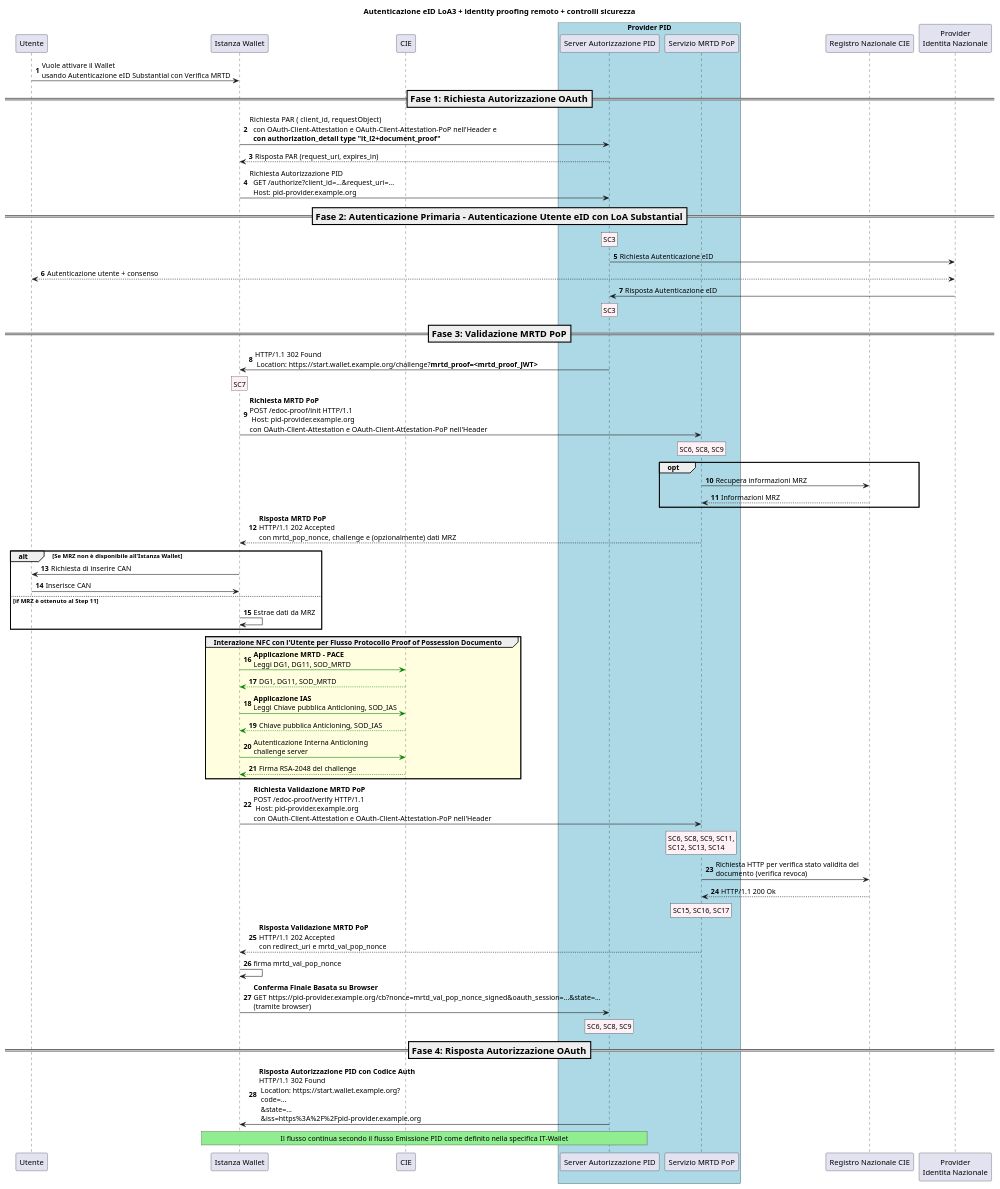
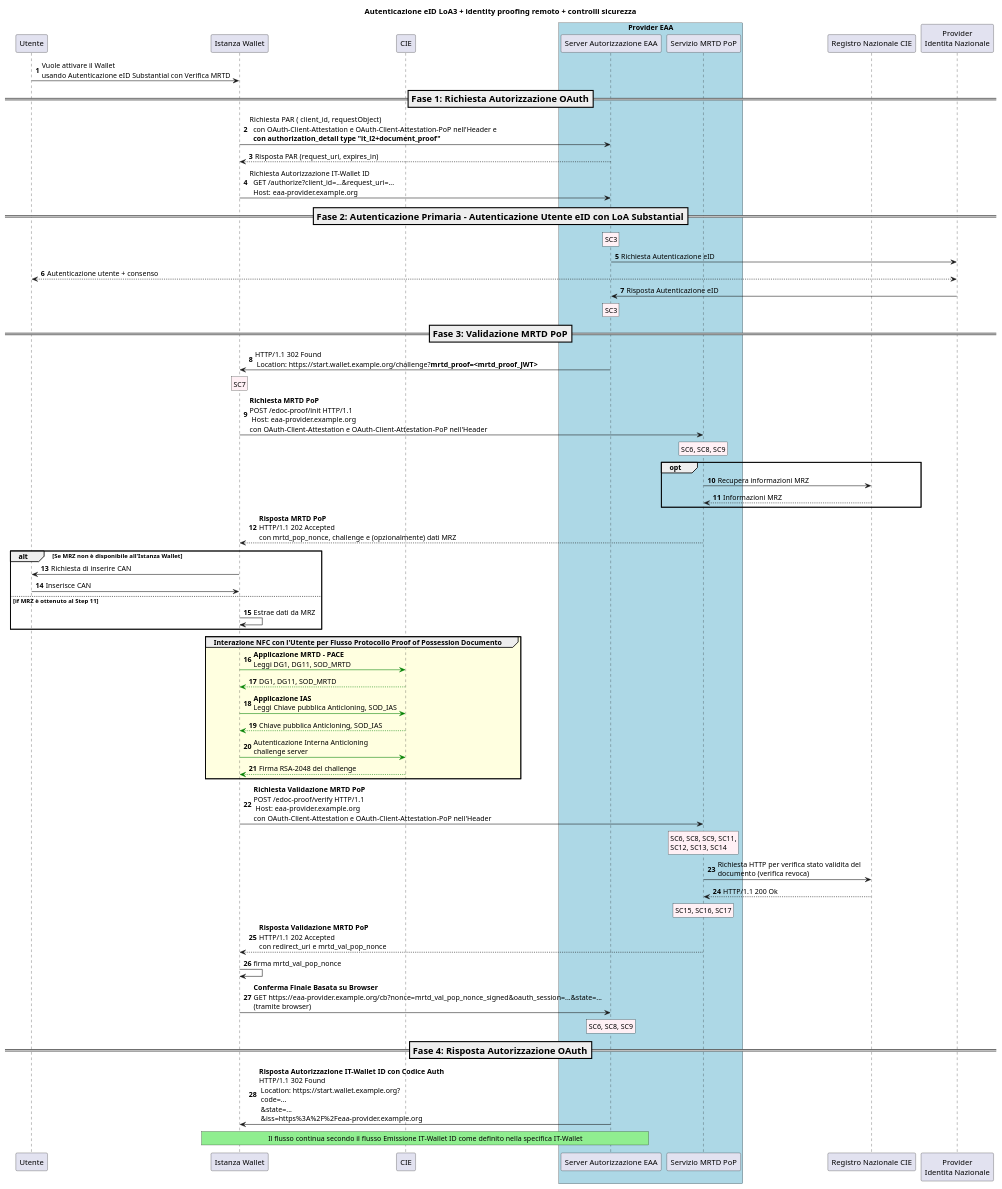
Before and after one commit to italia/eid-wallet-it-docs: the diagram in docs/it/plantuml/l2plus-security-controls.puml, drawn with PlantUML. The commit also changed 25 other files, not shown here.

```diff
--- a/docs/it/plantuml/l2plus-security-controls.puml
+++ b/docs/it/plantuml/l2plus-security-controls.puml
@@ -1,104 +1,104 @@
 @startuml Autenticazione eID LoA3 + identity proofing remoto + controlli sicurezza
 '!theme cerulean-outline
 autonumber
 participant "Utente" as U
 participant "Istanza Wallet" as A
 participant "CIE" as C
-box  "Provider PID" #LightBlue
-participant "Server Autorizzazione PID" as AS
+box  "Provider EAA" #LightBlue
+participant "Server Autorizzazione EAA" as AS
 participant "Servizio MRTD PoP" as DPOPS
 end box
 participant "Registro Nazionale CIE" as MIN
 participant "Provider\nIdentita Nazionale" as IDP
 
 
 title Autenticazione eID LoA3 + identity proofing remoto + controlli sicurezza
 
 U -> A: Vuole attivare il Wallet \nusando Autenticazione eID Substantial con Verifica MRTD
 
 === Fase 1: Richiesta Autorizzazione OAuth ==
 A -> AS : Richiesta PAR (  client_id, requestObject) \n  con OAuth-Client-Attestation e OAuth-Client-Attestation-PoP nell'Header e\n  **con authorization_detail type "it_l2+document_proof"**
 
 AS --> A : Risposta PAR (request_uri, expires_in)
-A -> AS: Richiesta Autorizzazione PID \n  GET /authorize?client_id=...&request_uri=...\n  Host: pid-provider.example.org
+A -> AS: Richiesta Autorizzazione IT-Wallet ID \n  GET /authorize?client_id=...&request_uri=...\n  Host: eaa-provider.example.org
 
 === Fase 2: Autenticazione Primaria - Autenticazione Utente eID con LoA Substantial ==
 rnote over AS #LavenderBlush
 SC3
 endrnote
 AS -> IDP: Richiesta Autenticazione eID
 IDP <--> U: Autenticazione utente + consenso
 IDP -> AS: Risposta Autenticazione eID
 rnote over AS #LavenderBlush
 SC3
 endrnote
 
 === Fase 3: Validazione MRTD PoP ==
 AS -> A: HTTP/1.1 302 Found\n Location: https://start.wallet.example.org/challenge?**mrtd_proof=<mrtd_proof_JWT>**
 
 rnote over A #LavenderBlush
 SC7
 endrnote
 
-A -> DPOPS: **Richiesta MRTD PoP**\nPOST /edoc-proof/init HTTP/1.1\n Host: pid-provider.example.org\ncon OAuth-Client-Attestation e OAuth-Client-Attestation-PoP nell'Header
+A -> DPOPS: **Richiesta MRTD PoP**\nPOST /edoc-proof/init HTTP/1.1\n Host: eaa-provider.example.org\ncon OAuth-Client-Attestation e OAuth-Client-Attestation-PoP nell'Header
 
 rnote over DPOPS #LavenderBlush
 SC6, SC8, SC9
 endrnote
 
 opt
     DPOPS -> MIN:  Recupera informazioni MRZ
     MIN --> DPOPS: Informazioni MRZ
 end
 
 DPOPS --> A: **Risposta MRTD PoP**\nHTTP/1.1 202 Accepted\ncon mrtd_pop_nonce, challenge e (opzionalmente) dati MRZ
 
 alt Se MRZ non è disponibile all'Istanza Wallet
     A -> U: Richiesta di inserire CAN
     U -> A: Inserisce CAN
 else if MRZ è ottenuto al Step 11
     A -> A: Estrae dati da MRZ
 end
 
 group #LightYellow Interazione NFC con l'Utente per Flusso Protocollo Proof of Possession Documento
     A -[#green]> C : **Applicazione MRTD - PACE**\nLeggi DG1, DG11, SOD_MRTD
     C --[#green]> A : DG1, DG11, SOD_MRTD
 
     A -[#green]> C : **Applicazione IAS**\nLeggi Chiave pubblica Anticloning, SOD_IAS
     C --[#green]> A : Chiave pubblica Anticloning, SOD_IAS
     A -[#green]> C: Autenticazione Interna Anticloning\nchallenge server
     C --[#green]> A : Firma RSA-2048 del challenge
 end
 
-A -> DPOPS: **Richiesta Validazione MRTD PoP**\nPOST /edoc-proof/verify HTTP/1.1\n Host: pid-provider.example.org\ncon OAuth-Client-Attestation e OAuth-Client-Attestation-PoP nell'Header
+A -> DPOPS: **Richiesta Validazione MRTD PoP**\nPOST /edoc-proof/verify HTTP/1.1\n Host: eaa-provider.example.org\ncon OAuth-Client-Attestation e OAuth-Client-Attestation-PoP nell'Header
 
 rnote over DPOPS #LavenderBlush
 SC6, SC8, SC9, SC11,
 SC12, SC13, SC14
 endrnote
 
 DPOPS -> MIN: Richiesta HTTP per verifica stato validita del \ndocumento (verifica revoca)
 
 MIN --> DPOPS: HTTP/1.1 200 Ok
 
 rnote over DPOPS #LavenderBlush
 SC15, SC16, SC17
 endrnote
 
 DPOPS --> A: **Risposta Validazione MRTD PoP**\nHTTP/1.1 202 Accepted\ncon redirect_uri e mrtd_val_pop_nonce
 
 A -> A: firma mrtd_val_pop_nonce
 
-A -> AS: **Conferma Finale Basata su Browser**\nGET https://pid-provider.example.org/cb?nonce=mrtd_val_pop_nonce_signed&oauth_session=...&state=...\n(tramite browser)
+A -> AS: **Conferma Finale Basata su Browser**\nGET https://eaa-provider.example.org/cb?nonce=mrtd_val_pop_nonce_signed&oauth_session=...&state=...\n(tramite browser)
 
 rnote over AS #LavenderBlush
 SC6, SC8, SC9
 endrnote
 
 === Fase 4: Risposta Autorizzazione OAuth ==
-AS -> A: **Risposta Autorizzazione PID con Codice Auth**\nHTTP/1.1 302 Found\n Location: https://start.wallet.example.org?\n code=...\n &state=...\n &iss=https%3A%2F%2Fpid-provider.example.org
+AS -> A: **Risposta Autorizzazione IT-Wallet ID con Codice Auth**\nHTTP/1.1 302 Found\n Location: https://start.wallet.example.org?\n code=...\n &state=...\n &iss=https%3A%2F%2Feaa-provider.example.org
 
 rnote over A,AS #LIGHTGREEN
-Il flusso continua secondo il flusso Emissione PID come definito nella specifica IT-Wallet
+Il flusso continua secondo il flusso Emissione IT-Wallet ID come definito nella specifica IT-Wallet
 endrnote
 @enduml
```
